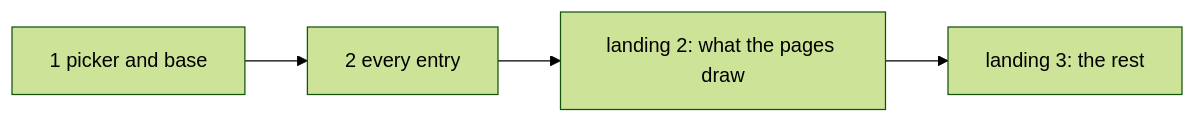
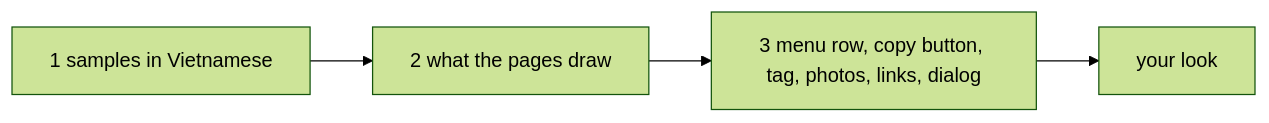
Before and after one commit to ancJ29/credo: the diagram in docs/recaps/2026-11-22-gallery-parts.md, drawn with Mermaid (forest theme). The commit also changed other lines of this file and 3 other files, not shown here.

Commit message:
docs(gallery-parts): the recap closes with landing 3; the gallery's row and card, items 651 and 515, step 11 ticked

````diff
--- a/docs/recaps/2026-11-22-gallery-parts.md
+++ b/docs/recaps/2026-11-22-gallery-parts.md
@@ -5,4 +5,4 @@
 ```mermaid
 flowchart LR
-  a["1 picker and base"] --> b["2 every entry"] --> c["landing 2: what the pages draw"] --> d["landing 3: the rest"]
+  a["1 samples in Vietnamese"] --> b["2 what the pages draw"] --> c["3 menu row, copy button, tag, photos, links, dialog"] --> d["your look"]
 ```
````
